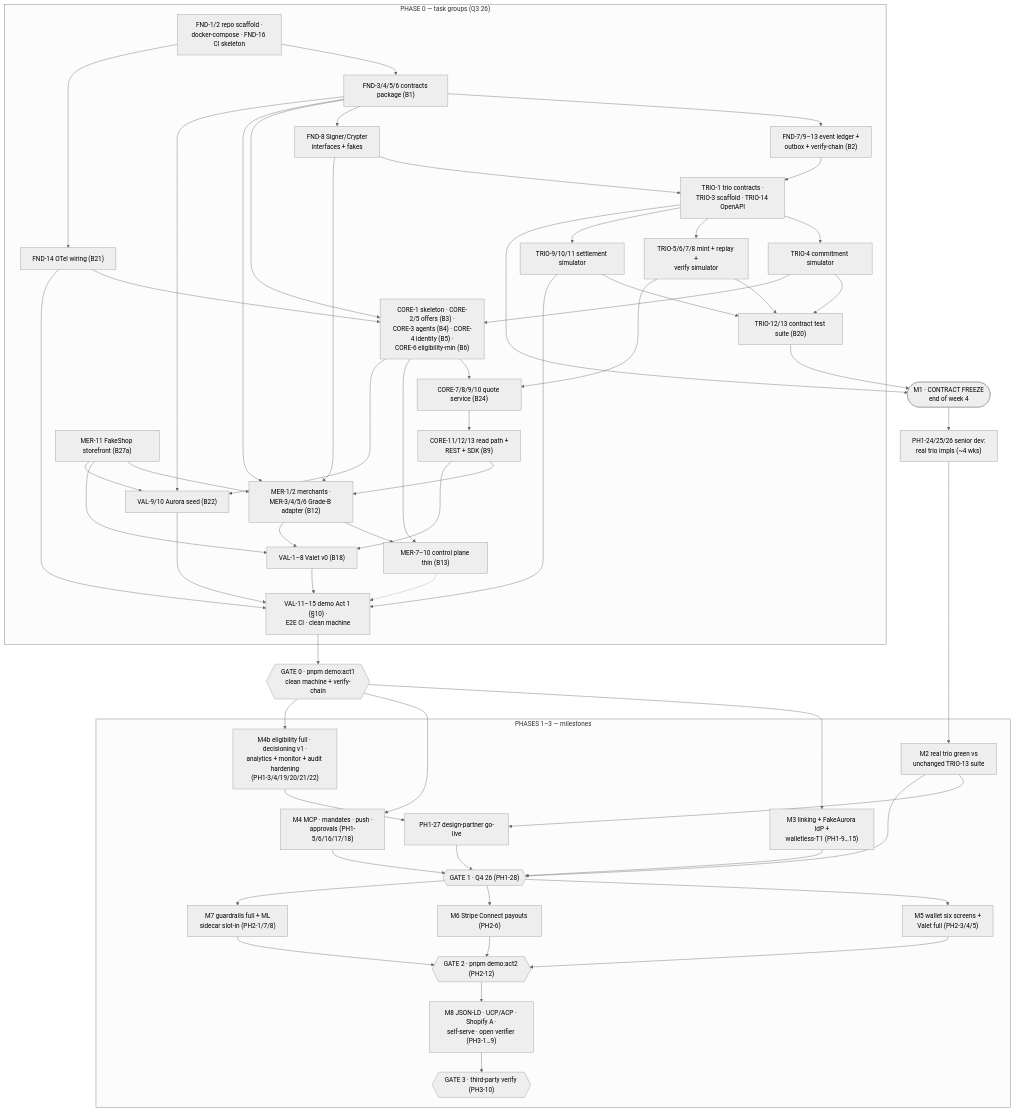
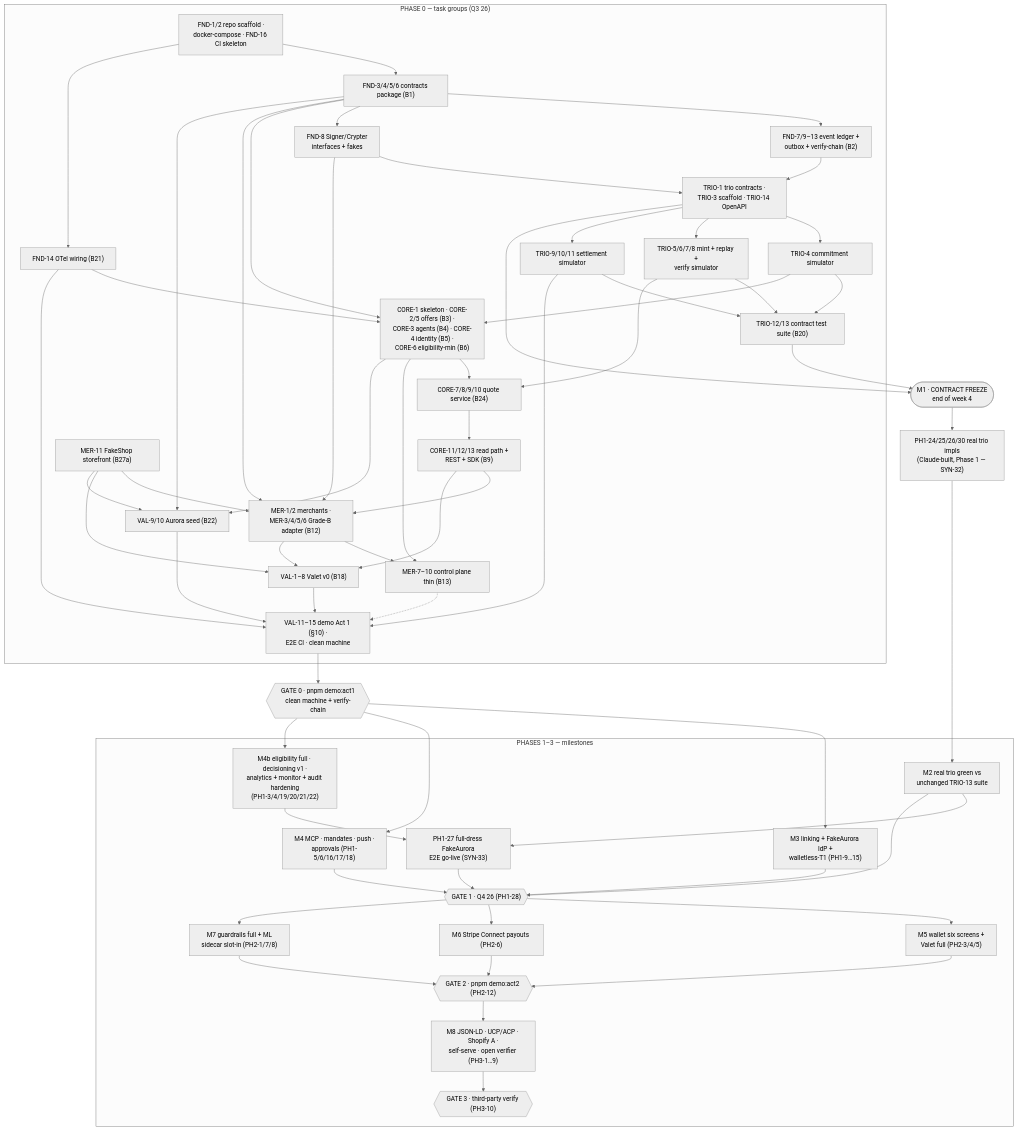
One commit to Elyron-ai/Merited_test changed the diagram in BUILD-PLAN.md. Above: the diagram before and after it, drawn with Mermaid (neutral theme). The commit also changed other lines of this file, not shown here.

First line of the commit message:
Re-plan v1.1: solo build (no senior dev) and no design partner

```diff
--- a/BUILD-PLAN.md
+++ b/BUILD-PLAN.md
@@ -170,14 +173,14 @@
         A1["VAL-11–15 demo Act 1 (§10) ·<br/>E2E CI · clean machine"]
     end
     FRZ(["M1 · CONTRACT FREEZE<br/>end of week 4"])
-    SD["PH1-24/25/26 senior dev:<br/>real trio impls (~4 wks)"]
+    SD["PH1-24/25/26/30 real trio impls<br/>(Claude-built, Phase 1 — SYN-32)"]
     G0{{"GATE 0 · pnpm demo:act1<br/>clean machine + verify-chain"}}
     subgraph LATER["PHASES 1–3 — milestones"]
         M2["M2 real trio green vs<br/>unchanged TRIO-13 suite"]
         M3["M3 linking + FakeAurora IdP +<br/>walletless-T1 (PH1-9…15)"]
         M4["M4 MCP · mandates · push ·<br/>approvals (PH1-5/6/16/17/18)"]
         M4b["M4b eligibility full · decisioning v1 ·<br/>analytics + monitor + audit hardening<br/>(PH1-3/4/19/20/21/22)"]
-        GLIVE["PH1-27 design-partner go-live"]
+        GLIVE["PH1-27 full-dress FakeAurora<br/>E2E go-live (SYN-33)"]
         G1{{"GATE 1 · Q4 26 (PH1-28)"}}
         M5["M5 wallet six screens +<br/>Valet full (PH2-3/4/5)"]
         M6["M6 Stripe Connect payouts (PH2-6)"]
```
